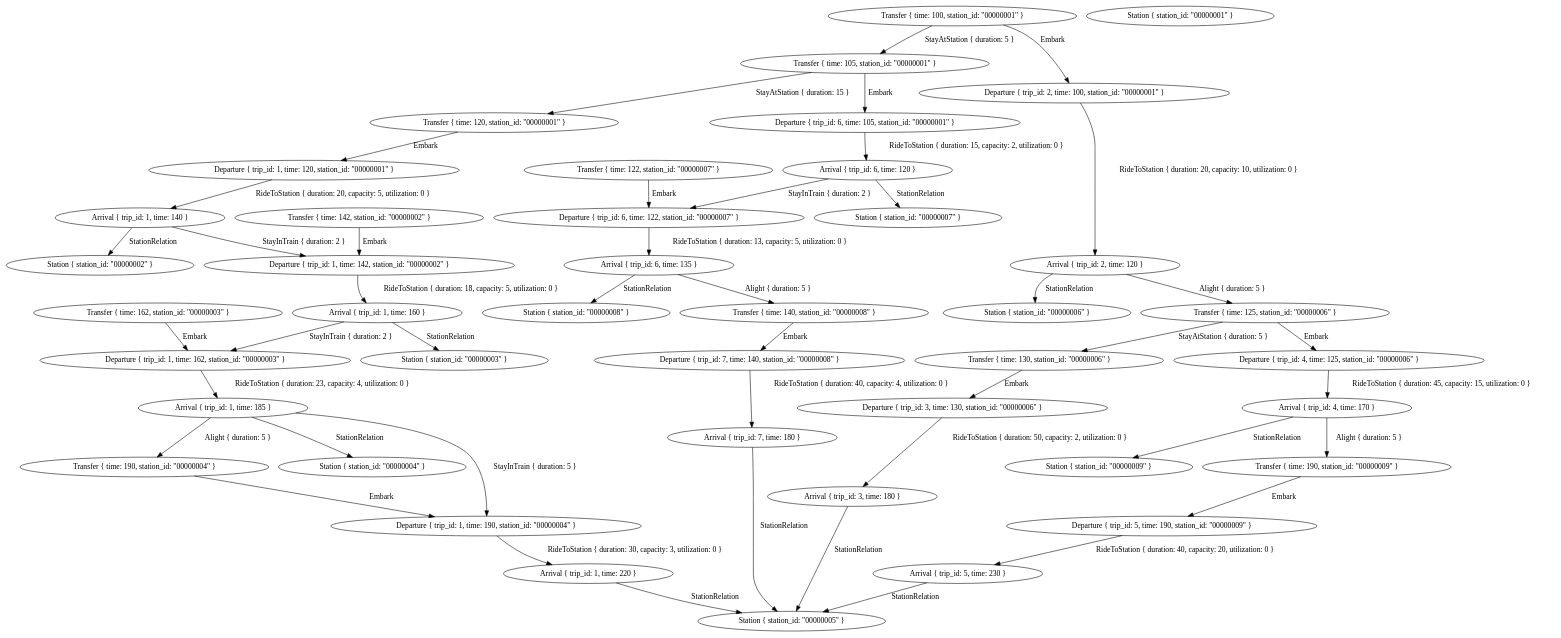
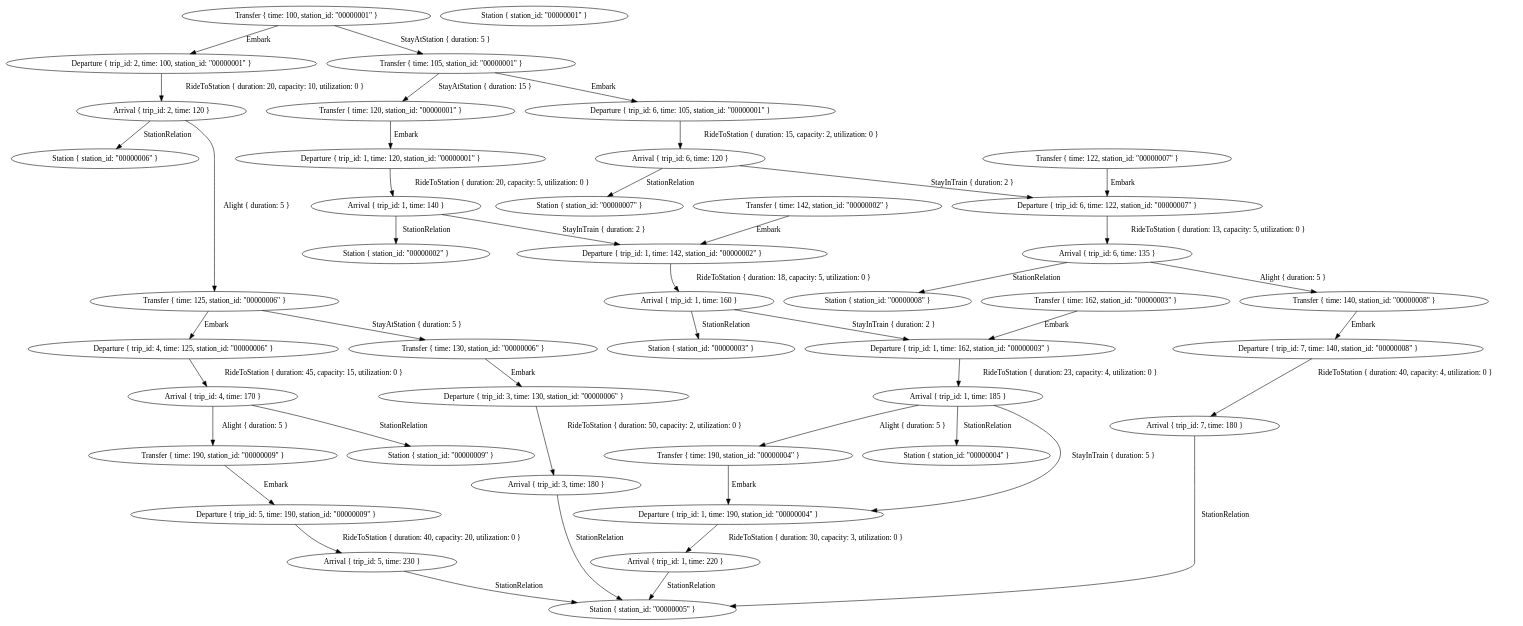
Before and after one commit to eliaswendt/mcfp-optimizer: the diagram in graphs/graph.dot, drawn with Graphviz. The commit also changed 8 other files, not shown here.

```diff
--- a/graphs/graph.dot
+++ b/graphs/graph.dot
@@ -1,88 +1,88 @@
 digraph {
-    0 [ label = "Arrival { trip_id: 6, time: 135 }" ]
-    1 [ label = "Departure { trip_id: 6, time: 122, station_id: \"00000007\" }" ]
-    2 [ label = "Arrival { trip_id: 2, time: 120 }" ]
-    3 [ label = "Departure { trip_id: 2, time: 100, station_id: \"00000001\" }" ]
-    4 [ label = "Arrival { trip_id: 4, time: 170 }" ]
-    5 [ label = "Departure { trip_id: 4, time: 125, station_id: \"00000006\" }" ]
-    6 [ label = "Arrival { trip_id: 1, time: 220 }" ]
-    7 [ label = "Departure { trip_id: 1, time: 190, station_id: \"00000004\" }" ]
+    0 [ label = "Arrival { trip_id: 3, time: 180 }" ]
+    1 [ label = "Departure { trip_id: 3, time: 130, station_id: \"00000006\" }" ]
+    2 [ label = "Arrival { trip_id: 1, time: 185 }" ]
+    3 [ label = "Departure { trip_id: 1, time: 162, station_id: \"00000003\" }" ]
+    4 [ label = "Arrival { trip_id: 5, time: 230 }" ]
+    5 [ label = "Departure { trip_id: 5, time: 190, station_id: \"00000009\" }" ]
+    6 [ label = "Arrival { trip_id: 1, time: 160 }" ]
+    7 [ label = "Departure { trip_id: 1, time: 142, station_id: \"00000002\" }" ]
     8 [ label = "Arrival { trip_id: 1, time: 140 }" ]
     9 [ label = "Departure { trip_id: 1, time: 120, station_id: \"00000001\" }" ]
-    10 [ label = "Arrival { trip_id: 3, time: 180 }" ]
-    11 [ label = "Departure { trip_id: 3, time: 130, station_id: \"00000006\" }" ]
-    12 [ label = "Arrival { trip_id: 1, time: 185 }" ]
-    13 [ label = "Departure { trip_id: 1, time: 162, station_id: \"00000003\" }" ]
-    14 [ label = "Arrival { trip_id: 5, time: 230 }" ]
-    15 [ label = "Departure { trip_id: 5, time: 190, station_id: \"00000009\" }" ]
-    16 [ label = "Arrival { trip_id: 6, time: 120 }" ]
-    17 [ label = "Departure { trip_id: 6, time: 105, station_id: \"00000001\" }" ]
-    18 [ label = "Arrival { trip_id: 7, time: 180 }" ]
-    19 [ label = "Departure { trip_id: 7, time: 140, station_id: \"00000008\" }" ]
-    20 [ label = "Arrival { trip_id: 1, time: 160 }" ]
-    21 [ label = "Departure { trip_id: 1, time: 142, station_id: \"00000002\" }" ]
-    22 [ label = "Station { station_id: \"00000005\" }" ]
-    23 [ label = "Station { station_id: \"00000006\" }" ]
+    10 [ label = "Arrival { trip_id: 7, time: 180 }" ]
+    11 [ label = "Departure { trip_id: 7, time: 140, station_id: \"00000008\" }" ]
+    12 [ label = "Arrival { trip_id: 1, time: 220 }" ]
+    13 [ label = "Departure { trip_id: 1, time: 190, station_id: \"00000004\" }" ]
+    14 [ label = "Arrival { trip_id: 6, time: 120 }" ]
+    15 [ label = "Departure { trip_id: 6, time: 105, station_id: \"00000001\" }" ]
+    16 [ label = "Arrival { trip_id: 4, time: 170 }" ]
+    17 [ label = "Departure { trip_id: 4, time: 125, station_id: \"00000006\" }" ]
+    18 [ label = "Arrival { trip_id: 6, time: 135 }" ]
+    19 [ label = "Departure { trip_id: 6, time: 122, station_id: \"00000007\" }" ]
+    20 [ label = "Arrival { trip_id: 2, time: 120 }" ]
+    21 [ label = "Departure { trip_id: 2, time: 100, station_id: \"00000001\" }" ]
+    22 [ label = "Station { station_id: \"00000006\" }" ]
+    23 [ label = "Transfer { time: 125, station_id: \"00000006\" }" ]
     24 [ label = "Transfer { time: 130, station_id: \"00000006\" }" ]
-    25 [ label = "Transfer { time: 125, station_id: \"00000006\" }" ]
-    26 [ label = "Station { station_id: \"00000007\" }" ]
-    27 [ label = "Transfer { time: 122, station_id: \"00000007\" }" ]
-    28 [ label = "Station { station_id: \"00000009\" }" ]
-    29 [ label = "Transfer { time: 190, station_id: \"00000009\" }" ]
-    30 [ label = "Station { station_id: \"00000001\" }" ]
-    31 [ label = "Transfer { time: 100, station_id: \"00000001\" }" ]
-    32 [ label = "Transfer { time: 120, station_id: \"00000001\" }" ]
-    33 [ label = "Transfer { time: 105, station_id: \"00000001\" }" ]
-    34 [ label = "Station { station_id: \"00000002\" }" ]
-    35 [ label = "Transfer { time: 142, station_id: \"00000002\" }" ]
-    36 [ label = "Station { station_id: \"00000004\" }" ]
-    37 [ label = "Transfer { time: 190, station_id: \"00000004\" }" ]
-    38 [ label = "Station { station_id: \"00000008\" }" ]
-    39 [ label = "Transfer { time: 140, station_id: \"00000008\" }" ]
+    25 [ label = "Station { station_id: \"00000008\" }" ]
+    26 [ label = "Transfer { time: 140, station_id: \"00000008\" }" ]
+    27 [ label = "Station { station_id: \"00000009\" }" ]
+    28 [ label = "Transfer { time: 190, station_id: \"00000009\" }" ]
+    29 [ label = "Station { station_id: \"00000001\" }" ]
+    30 [ label = "Transfer { time: 120, station_id: \"00000001\" }" ]
+    31 [ label = "Transfer { time: 105, station_id: \"00000001\" }" ]
+    32 [ label = "Transfer { time: 100, station_id: \"00000001\" }" ]
+    33 [ label = "Station { station_id: \"00000007\" }" ]
+    34 [ label = "Transfer { time: 122, station_id: \"00000007\" }" ]
+    35 [ label = "Station { station_id: \"00000002\" }" ]
+    36 [ label = "Transfer { time: 142, station_id: \"00000002\" }" ]
+    37 [ label = "Station { station_id: \"00000005\" }" ]
+    38 [ label = "Station { station_id: \"00000004\" }" ]
+    39 [ label = "Transfer { time: 190, station_id: \"00000004\" }" ]
     40 [ label = "Station { station_id: \"00000003\" }" ]
     41 [ label = "Transfer { time: 162, station_id: \"00000003\" }" ]
-    1 -> 0 [ label = "RideToStation { duration: 13, capacity: 5, utilization: 0 }" ]
-    3 -> 2 [ label = "RideToStation { duration: 20, capacity: 10, utilization: 0 }" ]
-    5 -> 4 [ label = "RideToStation { duration: 45, capacity: 15, utilization: 0 }" ]
-    7 -> 6 [ label = "RideToStation { duration: 30, capacity: 3, utilization: 0 }" ]
+    1 -> 0 [ label = "RideToStation { duration: 50, capacity: 2, utilization: 0 }" ]
+    3 -> 2 [ label = "RideToStation { duration: 23, capacity: 4, utilization: 0 }" ]
+    5 -> 4 [ label = "RideToStation { duration: 40, capacity: 20, utilization: 0 }" ]
+    7 -> 6 [ label = "RideToStation { duration: 18, capacity: 5, utilization: 0 }" ]
     9 -> 8 [ label = "RideToStation { duration: 20, capacity: 5, utilization: 0 }" ]
-    11 -> 10 [ label = "RideToStation { duration: 50, capacity: 2, utilization: 0 }" ]
-    13 -> 12 [ label = "RideToStation { duration: 23, capacity: 4, utilization: 0 }" ]
-    15 -> 14 [ label = "RideToStation { duration: 40, capacity: 20, utilization: 0 }" ]
-    17 -> 16 [ label = "RideToStation { duration: 15, capacity: 2, utilization: 0 }" ]
-    19 -> 18 [ label = "RideToStation { duration: 40, capacity: 4, utilization: 0 }" ]
-    21 -> 20 [ label = "RideToStation { duration: 18, capacity: 5, utilization: 0 }" ]
-    6 -> 22 [ label = "StationRelation" ]
-    14 -> 22 [ label = "StationRelation" ]
-    10 -> 22 [ label = "StationRelation" ]
-    18 -> 22 [ label = "StationRelation" ]
-    24 -> 11 [ label = "Embark" ]
-    25 -> 5 [ label = "Embark" ]
-    25 -> 24 [ label = "StayAtStation { duration: 5 }" ]
-    2 -> 23 [ label = "StationRelation" ]
-    2 -> 25 [ label = "Alight { duration: 5 }" ]
-    27 -> 1 [ label = "Embark" ]
-    16 -> 1 [ label = "StayInTrain { duration: 2 }" ]
-    16 -> 26 [ label = "StationRelation" ]
-    29 -> 15 [ label = "Embark" ]
-    4 -> 28 [ label = "StationRelation" ]
-    4 -> 29 [ label = "Alight { duration: 5 }" ]
-    31 -> 3 [ label = "Embark" ]
-    32 -> 9 [ label = "Embark" ]
-    33 -> 17 [ label = "Embark" ]
-    31 -> 33 [ label = "StayAtStation { duration: 5 }" ]
-    33 -> 32 [ label = "StayAtStation { duration: 15 }" ]
-    35 -> 21 [ label = "Embark" ]
-    8 -> 21 [ label = "StayInTrain { duration: 2 }" ]
-    8 -> 34 [ label = "StationRelation" ]
-    37 -> 7 [ label = "Embark" ]
-    12 -> 7 [ label = "StayInTrain { duration: 5 }" ]
-    12 -> 36 [ label = "StationRelation" ]
-    12 -> 37 [ label = "Alight { duration: 5 }" ]
-    39 -> 19 [ label = "Embark" ]
-    0 -> 38 [ label = "StationRelation" ]
-    0 -> 39 [ label = "Alight { duration: 5 }" ]
-    41 -> 13 [ label = "Embark" ]
-    20 -> 13 [ label = "StayInTrain { duration: 2 }" ]
-    20 -> 40 [ label = "StationRelation" ]
+    11 -> 10 [ label = "RideToStation { duration: 40, capacity: 4, utilization: 0 }" ]
+    13 -> 12 [ label = "RideToStation { duration: 30, capacity: 3, utilization: 0 }" ]
+    15 -> 14 [ label = "RideToStation { duration: 15, capacity: 2, utilization: 0 }" ]
+    17 -> 16 [ label = "RideToStation { duration: 45, capacity: 15, utilization: 0 }" ]
+    19 -> 18 [ label = "RideToStation { duration: 13, capacity: 5, utilization: 0 }" ]
+    21 -> 20 [ label = "RideToStation { duration: 20, capacity: 10, utilization: 0 }" ]
+    23 -> 17 [ label = "Embark" ]
+    24 -> 1 [ label = "Embark" ]
+    23 -> 24 [ label = "StayAtStation { duration: 5 }" ]
+    20 -> 22 [ label = "StationRelation" ]
+    20 -> 23 [ label = "Alight { duration: 5 }" ]
+    26 -> 11 [ label = "Embark" ]
+    18 -> 25 [ label = "StationRelation" ]
+    18 -> 26 [ label = "Alight { duration: 5 }" ]
+    28 -> 5 [ label = "Embark" ]
+    16 -> 27 [ label = "StationRelation" ]
+    16 -> 28 [ label = "Alight { duration: 5 }" ]
+    30 -> 9 [ label = "Embark" ]
+    31 -> 15 [ label = "Embark" ]
+    32 -> 21 [ label = "Embark" ]
+    32 -> 31 [ label = "StayAtStation { duration: 5 }" ]
+    31 -> 30 [ label = "StayAtStation { duration: 15 }" ]
+    34 -> 19 [ label = "Embark" ]
+    14 -> 19 [ label = "StayInTrain { duration: 2 }" ]
+    14 -> 33 [ label = "StationRelation" ]
+    36 -> 7 [ label = "Embark" ]
+    8 -> 7 [ label = "StayInTrain { duration: 2 }" ]
+    8 -> 35 [ label = "StationRelation" ]
+    0 -> 37 [ label = "StationRelation" ]
+    4 -> 37 [ label = "StationRelation" ]
+    10 -> 37 [ label = "StationRelation" ]
+    12 -> 37 [ label = "StationRelation" ]
+    39 -> 13 [ label = "Embark" ]
+    2 -> 13 [ label = "StayInTrain { duration: 5 }" ]
+    2 -> 38 [ label = "StationRelation" ]
+    2 -> 39 [ label = "Alight { duration: 5 }" ]
+    41 -> 3 [ label = "Embark" ]
+    6 -> 3 [ label = "StayInTrain { duration: 2 }" ]
+    6 -> 40 [ label = "StationRelation" ]
 }
```
